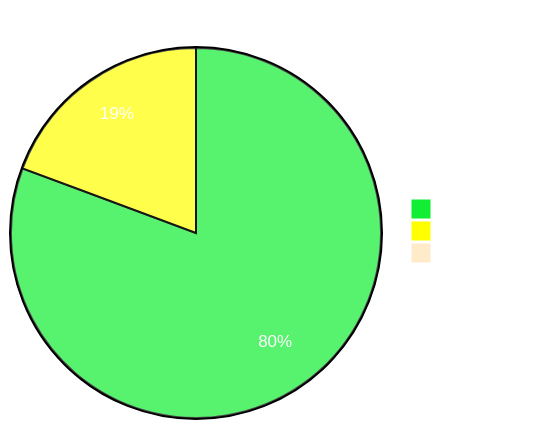
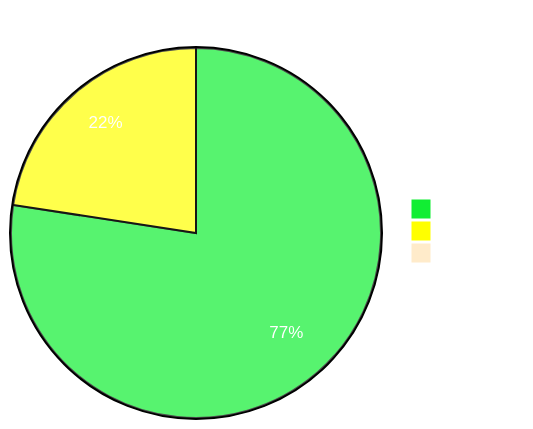
One commit to sumanthtatipamula/Programming changed the diagram in Readme.md. Above: the diagram before and after it, drawn with Mermaid. The commit also changed 6 other files, not shown here.

````diff
--- a/Readme.md
+++ b/Readme.md
@@ -23,20 +23,20 @@
 ```mermaid
 %%{
   init:
   {
     'theme': 'base',
     'themeVariables':
       {
         'primaryTextColor': '#fff',
         'pie1': '#1E3',
         'pie2': '#FFFF00',
         'pie3': '#ffebca'
       }
   }
 }%%
 pie showData
     title Problems Solved Per Tag
     "Tree" : 96
-    "Graphs": 23
+    "Graphs": 28
     "Arrays": 1
 ```
````
